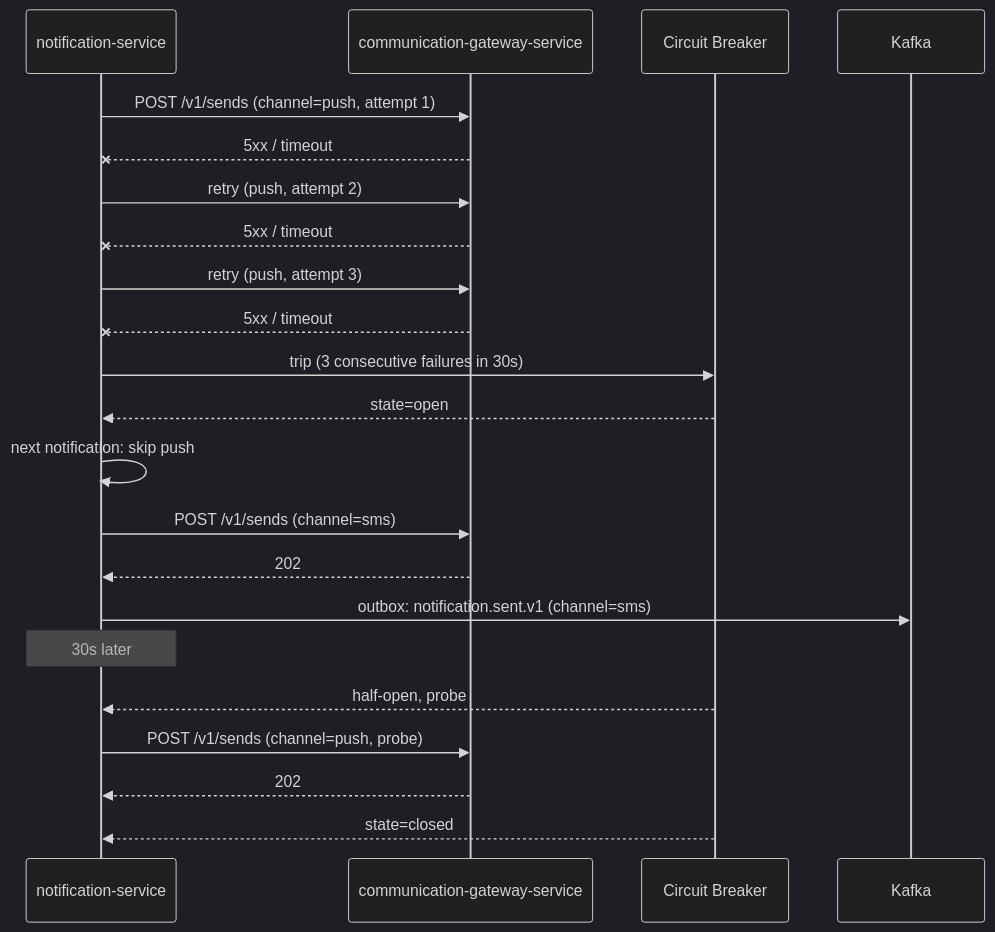
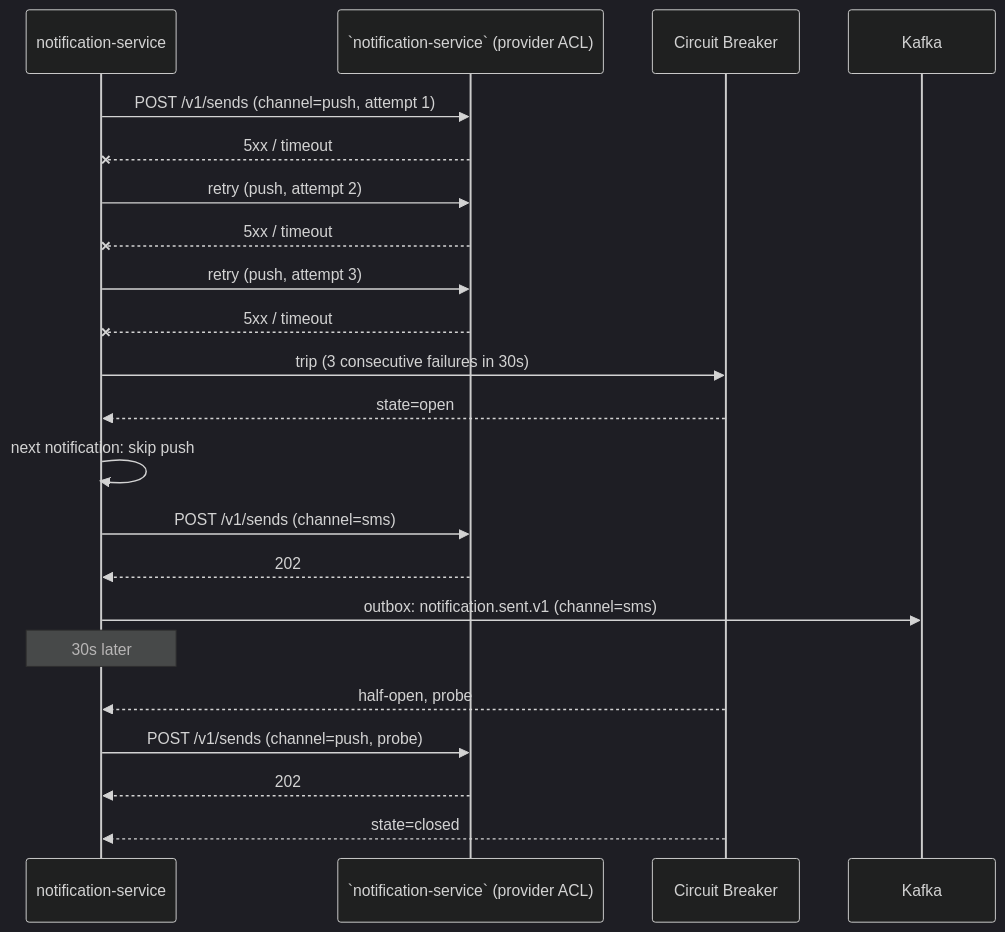
Before and after one commit to mohamedhabibwork/trips-enjoy-docs: the eighth of 15 diagrams in docs/services/notification-service/WORKFLOWS.md, drawn with Mermaid (dark theme). The commit also changed other lines of this file and 525 other files, not shown here.

````diff
--- a/docs/services/notification-service/WORKFLOWS.md
+++ b/docs/services/notification-service/WORKFLOWS.md
@@ -533,25 +533,25 @@
 ```mermaid
 sequenceDiagram
     participant N as notification-service
-    participant CG as communication-gateway-service
+    participant CG as `notification-service` (provider ACL)
     participant CB as Circuit Breaker
     participant K as Kafka
 
     N->>CG: POST /v1/sends (channel=push, attempt 1)
     CG--xN: 5xx / timeout
     N->>CG: retry (push, attempt 2)
     CG--xN: 5xx / timeout
     N->>CG: retry (push, attempt 3)
     CG--xN: 5xx / timeout
     N->>CB: trip (3 consecutive failures in 30s)
     CB-->>N: state=open
     N->>N: next notification: skip push
     N->>CG: POST /v1/sends (channel=sms)
     CG-->>N: 202
     N->>K: outbox: notification.sent.v1 (channel=sms)
     Note over N: 30s later
     CB-->>N: half-open, probe
     N->>CG: POST /v1/sends (channel=push, probe)
     CG-->>N: 202
     CB-->>N: state=closed
 ```
````
